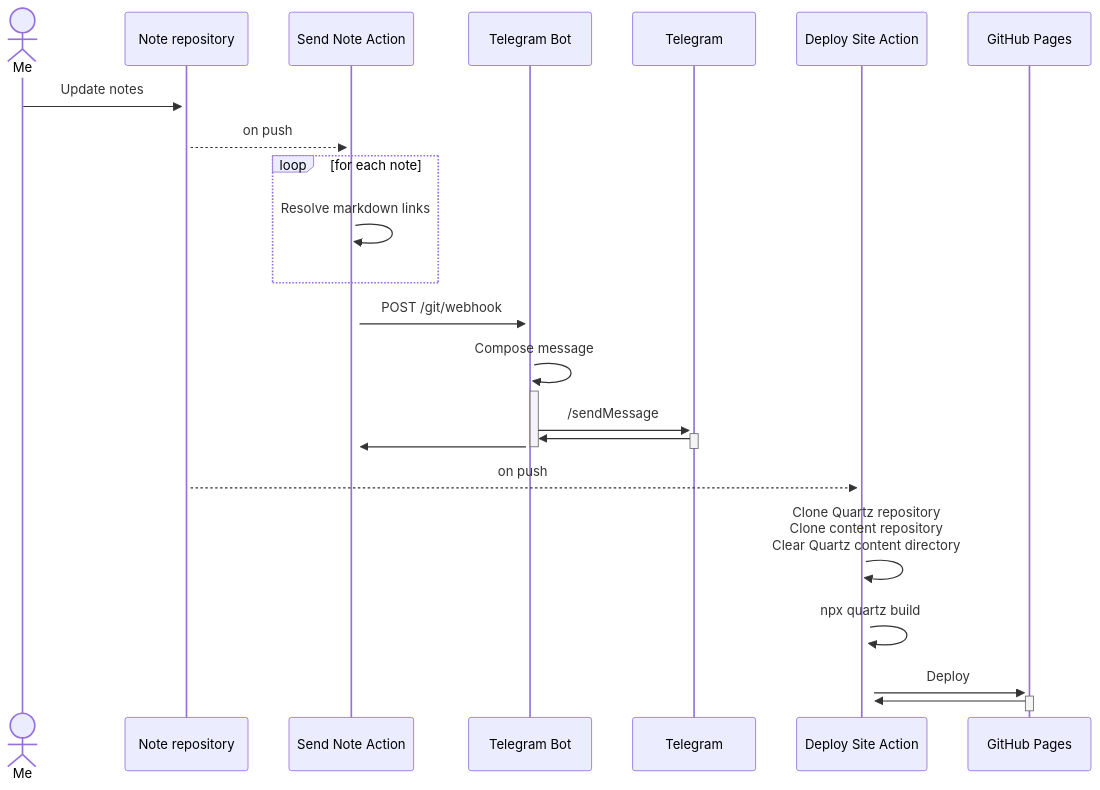
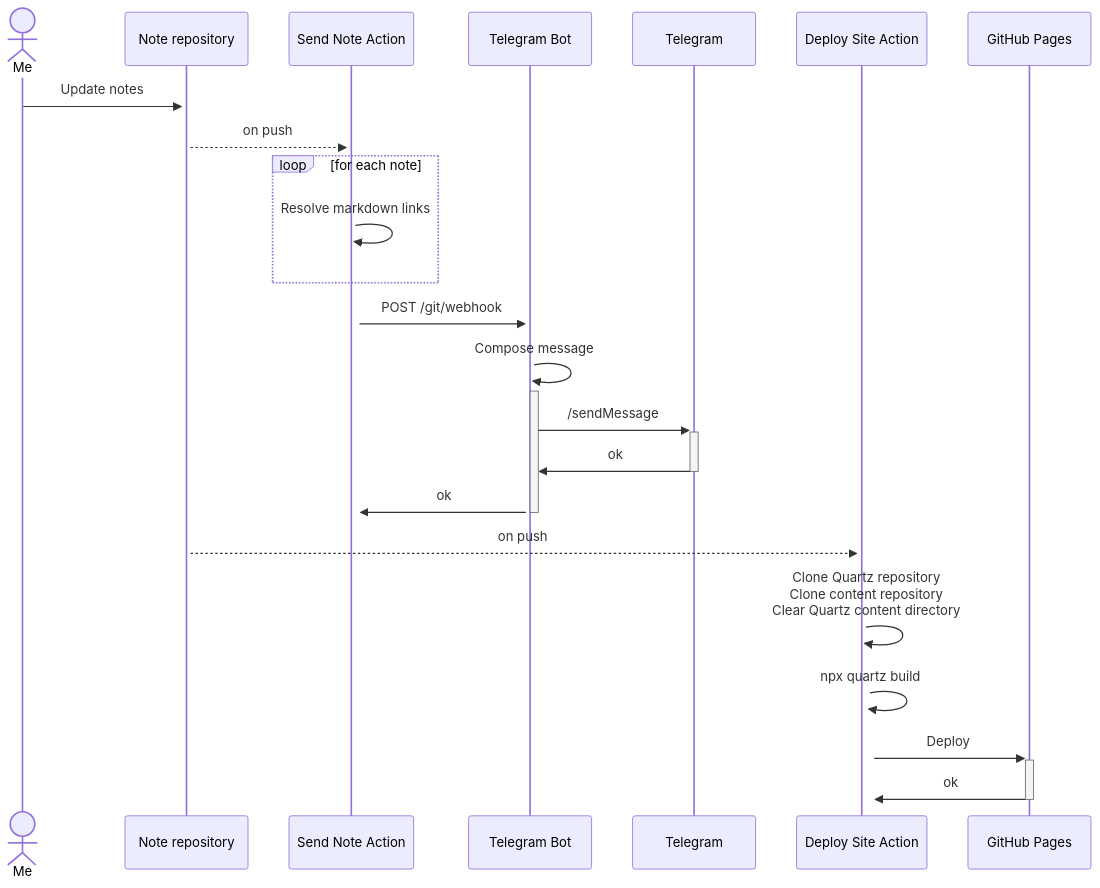
The diagram in 2024-07/How I Built Devirium.md (avvero/devirium), drawn with Mermaid before and after one commit. The commit also changed 1 other file, not shown here.

````diff
--- a/2024-07/How I Built Devirium.md
+++ b/2024-07/How I Built Devirium.md
@@ -14,28 +14,28 @@
 ```mermaid
 sequenceDiagram
 
 Actor me as Me
 participant rep as Note repository
 participant send_note as Send Note Action
 participant bot as Telegram Bot
 participant tg as Telegram
 participant deploy as Deploy Site Action
 participant pages as GitHub Pages
 
 me ->>+ rep: Update notes
 rep -->>+ send_note: on push
 loop for each note
     send_note ->>+ send_note: Resolve markdown links  
 end
 send_note ->>+ bot: POST /git/webhook
 bot ->>+ bot: Compose message
 bot ->>+ tg: /sendMessage
-tg ->>- bot: 
-bot ->>- send_note: 
+tg ->>- bot: ok
+bot ->>- send_note: ok
 
 rep -->>+ deploy: on push
 deploy ->>+ deploy: Clone Quartz repository<br>Clone content repository<br>Clear Quartz content directory
 deploy ->>+ deploy: npx quartz build
 deploy ->>+ pages: Deploy
-pages ->>- deploy: 
+pages ->>- deploy: ok
 ```
````
